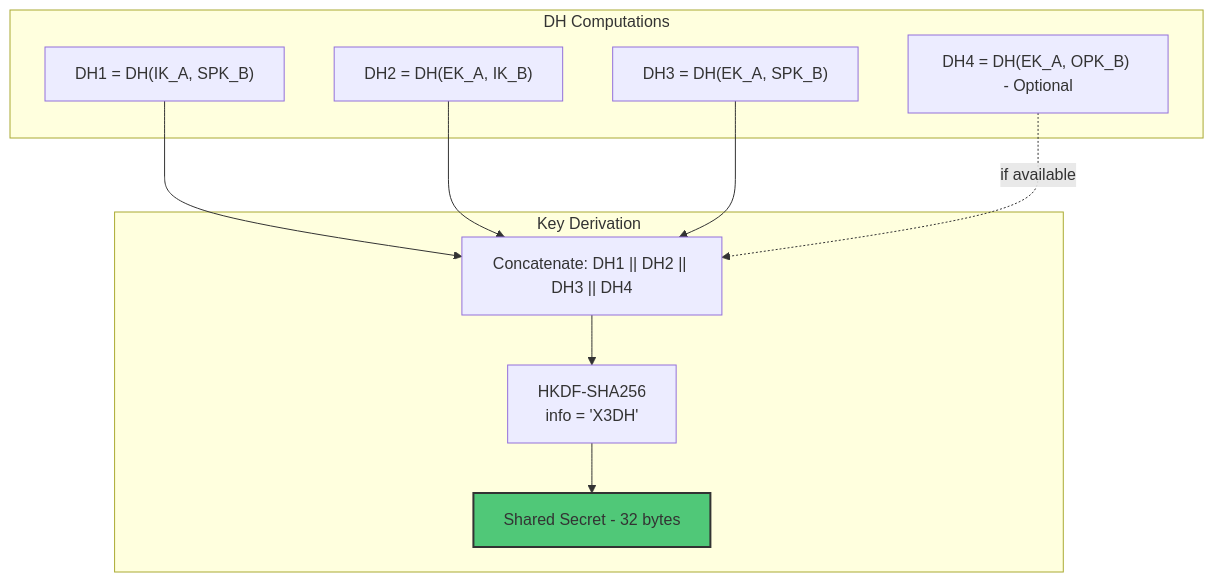
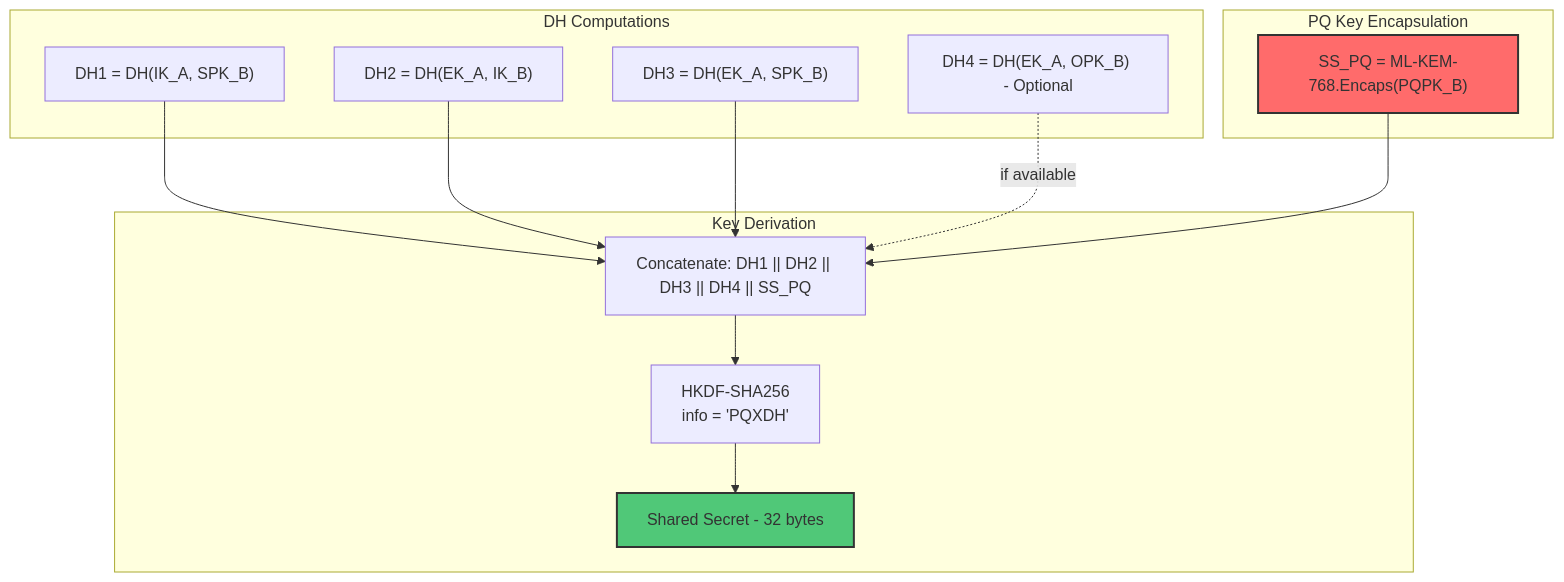
Before and after one commit to guardyn/guardyn: the fourth of 23 diagrams in docs/ENCRYPTION_ARCHITECTURE.md, drawn with Mermaid. The commit also changed other lines of this file and 18 other files, not shown here.

````diff
--- a/docs/ENCRYPTION_ARCHITECTURE.md
+++ b/docs/ENCRYPTION_ARCHITECTURE.md
@@ -184,24 +198,30 @@
 ```mermaid
 graph TD
     subgraph "DH Computations"
         DH1["DH1 = DH(IK_A, SPK_B)"]
         DH2["DH2 = DH(EK_A, IK_B)"]
         DH3["DH3 = DH(EK_A, SPK_B)"]
         DH4["DH4 = DH(EK_A, OPK_B) - Optional"]
     end
 
+    subgraph "PQ Key Encapsulation"
+        PQKEM["SS_PQ = ML-KEM-768.Encaps(PQPK_B)"]
+    end
+
     subgraph "Key Derivation"
-        Concat["Concatenate: DH1 || DH2 || DH3 || DH4"]
-        HKDF["HKDF-SHA256<br/>info = 'X3DH'"]
+        Concat["Concatenate: DH1 || DH2 || DH3 || DH4 || SS_PQ"]
+        HKDF["HKDF-SHA256<br/>info = 'PQXDH'"]
         SK["Shared Secret - 32 bytes"]
     end
 
     DH1 --> Concat
     DH2 --> Concat
     DH3 --> Concat
     DH4 -.->|if available| Concat
+    PQKEM --> Concat
     Concat --> HKDF
     HKDF --> SK
 
     style SK fill:#50C878,stroke:#333,stroke-width:2px
+    style PQKEM fill:#FF6B6B,stroke:#333,stroke-width:2px
 ```
````
